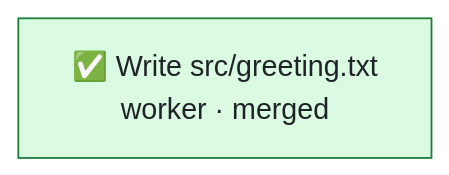
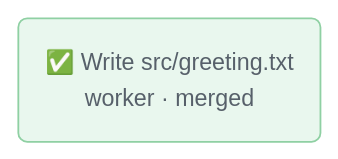
The diagram in prototypes/loop-status/final/A.md (Kucze3205/Perpetua), drawn with Mermaid before and after one commit. The commit also changed other lines of this file and 2 other files, not shown here.

Commit message:
Prototype: Loop status revision 2 - one row per session, softer graph, no totals table (#336)

````diff
--- a/prototypes/loop-status/final/A.md
+++ b/prototypes/loop-status/final/A.md
@@ -13,9 +13,10 @@
 ```mermaid
+%%{init: {'themeVariables': {'fontSize': '13px'}}}%%
 flowchart LR
-  write_greeting["✅ Write src/greeting.txt<br/>worker · merged"]:::ok
-  classDef ok fill:#dafbe1,stroke:#1a7f37,color:#1f2328
-  classDef warn fill:#fff8c5,stroke:#9a6700,color:#1f2328
-  classDef bad fill:#ffebe9,stroke:#cf222e,color:#1f2328
-  classDef run fill:#ddf4ff,stroke:#0969da,color:#1f2328
-  classDef wait fill:#f6f8fa,stroke:#8c959f,color:#1f2328
+  write_greeting("✅ Write src/greeting.txt<br/>worker · merged"):::ok
+  classDef ok fill:#e9f7ee,stroke:#8fd0a3,stroke-width:1px,color:#57606a
+  classDef warn fill:#fff9db,stroke:#e0c872,stroke-width:1px,color:#57606a
+  classDef bad fill:#fdeeed,stroke:#e5a3a0,stroke-width:1px,color:#57606a
+  classDef run fill:#e8f4fd,stroke:#8cc2ee,stroke-width:1px,color:#57606a
+  classDef wait fill:#f6f8fa,stroke:#c4cad1,stroke-width:1px,color:#57606a
 ```
````
